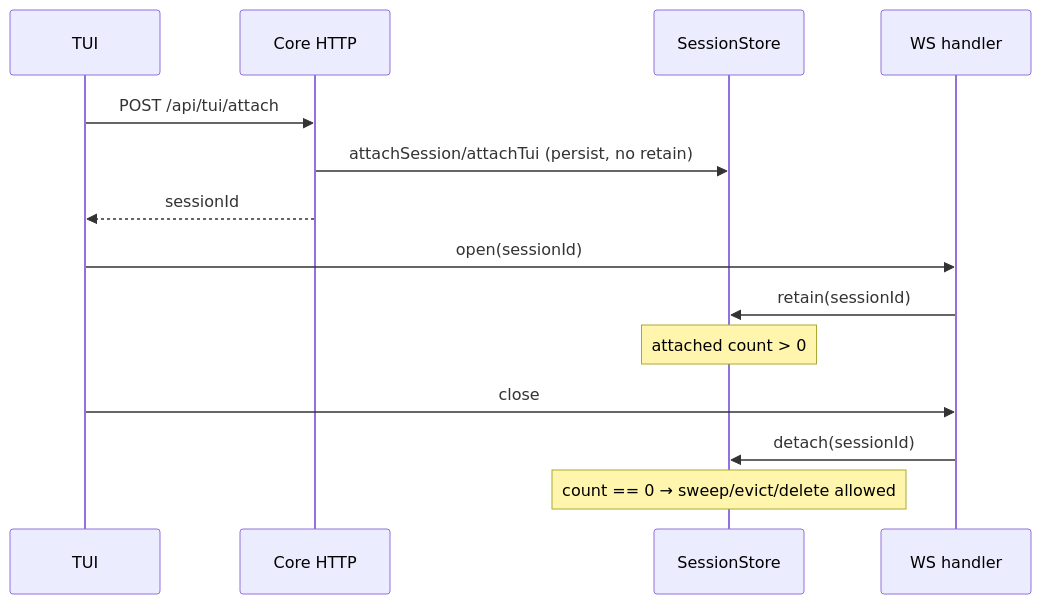
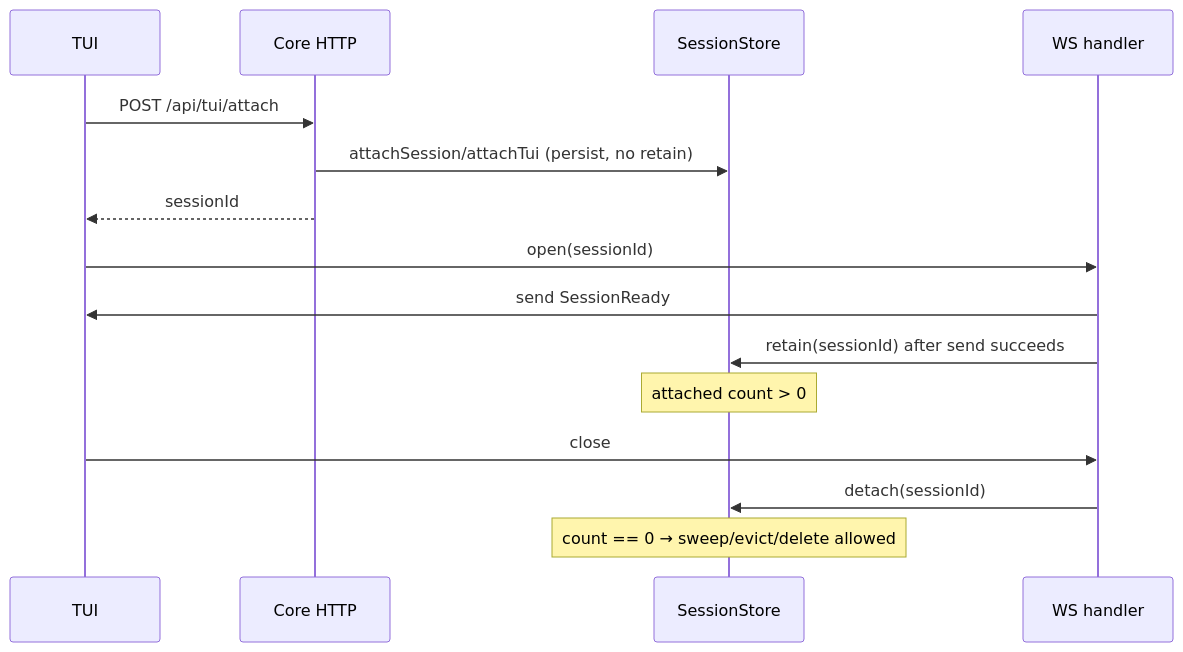
The ninth of 14 diagrams in docs/subsystems/atom_neo_2026-11-19_menu_config_integration_graph.md (aokihu/atom_neo), drawn with Mermaid before and after one commit. The commit also changed other lines of this file and 26 other files, not shown here.

````diff
--- a/docs/subsystems/atom_neo_2026-11-19_menu_config_integration_graph.md
+++ b/docs/subsystems/atom_neo_2026-11-19_menu_config_integration_graph.md
@@ -280,17 +280,18 @@
 ```mermaid
 sequenceDiagram
     participant TUI
     participant HTTP as Core HTTP
     participant Store as SessionStore
     participant WS as WS handler
 
     TUI->>HTTP: POST /api/tui/attach
     HTTP->>Store: attachSession/attachTui (persist, no retain)
     HTTP-->>TUI: sessionId
     TUI->>WS: open(sessionId)
-    WS->>Store: retain(sessionId)
+    WS->>TUI: send SessionReady
+    WS->>Store: retain(sessionId) after send succeeds
     Note over Store: attached count > 0
     TUI->>WS: close
     WS->>Store: detach(sessionId)
     Note over Store: count == 0 → sweep/evict/delete allowed
 ```
````
